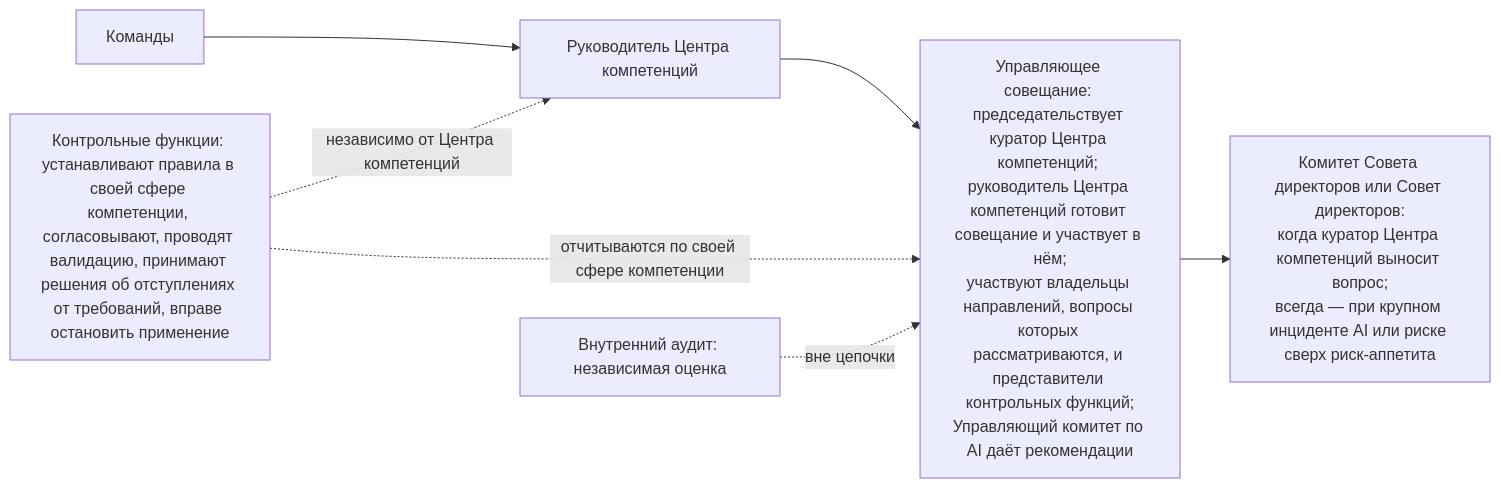
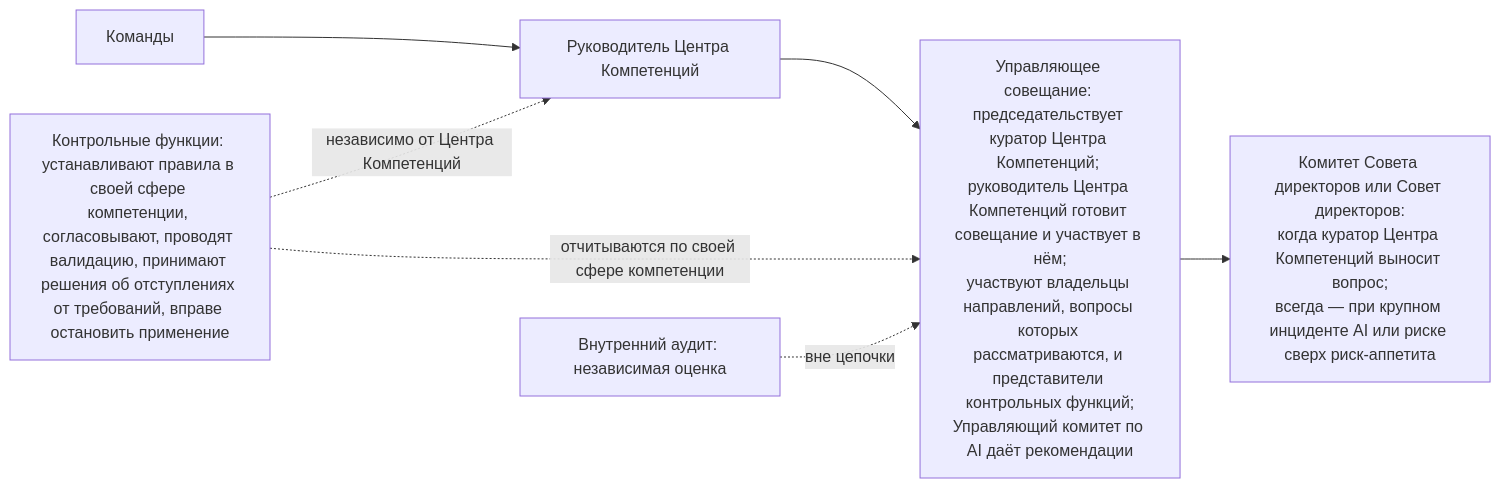
One commit to devhogu/ob-aicc changed the fifth of 6 diagrams in charter/ru/workflows/unit-governance.md. Above: the diagram before and after it, drawn with Mermaid. The commit also changed other lines of this file and 550 other files, not shown here.

````diff
--- a/charter/ru/workflows/unit-governance.md
+++ b/charter/ru/workflows/unit-governance.md
@@ -157,7 +157,7 @@
 ```mermaid
 flowchart LR
-  T["Команды"] --> L["Руководитель Центра компетенций"] --> S["Управляющее совещание: председательствует куратор Центра компетенций; руководитель Центра компетенций готовит совещание и участвует в нём;<br/>участвуют владельцы направлений, вопросы которых рассматриваются, и представители контрольных функций;<br/>Управляющий комитет по AI даёт рекомендации"] --> B["Комитет Совета директоров или Совет директоров:<br/>когда куратор Центра компетенций выносит вопрос;<br/>всегда — при крупном инциденте AI или риске сверх риск-аппетита"]
-  CF["Контрольные функции: устанавливают правила в своей сфере компетенции, согласовывают, проводят валидацию, принимают решения об отступлениях от требований, вправе остановить применение"] -.->|"независимо от Центра компетенций"| L
+  T["Команды"] --> L["Руководитель Центра Компетенций"] --> S["Управляющее совещание: председательствует куратор Центра Компетенций; руководитель Центра Компетенций готовит совещание и участвует в нём;<br/>участвуют владельцы направлений, вопросы которых рассматриваются, и представители контрольных функций;<br/>Управляющий комитет по AI даёт рекомендации"] --> B["Комитет Совета директоров или Совет директоров:<br/>когда куратор Центра Компетенций выносит вопрос;<br/>всегда — при крупном инциденте AI или риске сверх риск-аппетита"]
+  CF["Контрольные функции: устанавливают правила в своей сфере компетенции, согласовывают, проводят валидацию, принимают решения об отступлениях от требований, вправе остановить применение"] -.->|"независимо от Центра Компетенций"| L
   CF -.->|"отчитываются по своей сфере компетенции"| S
   IA["Внутренний аудит: независимая оценка"] -.->|"вне цепочки"| S
 ```
````
